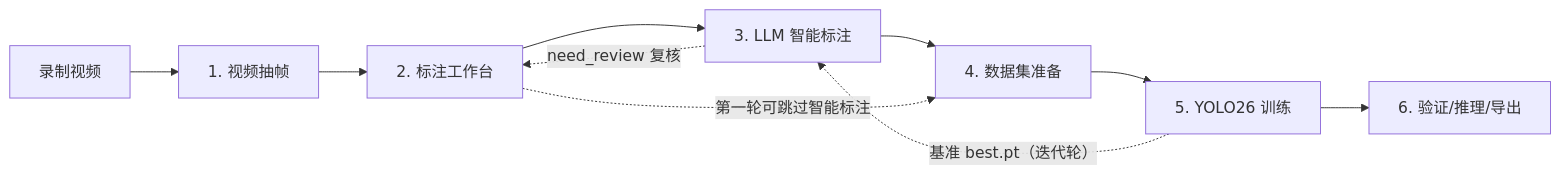
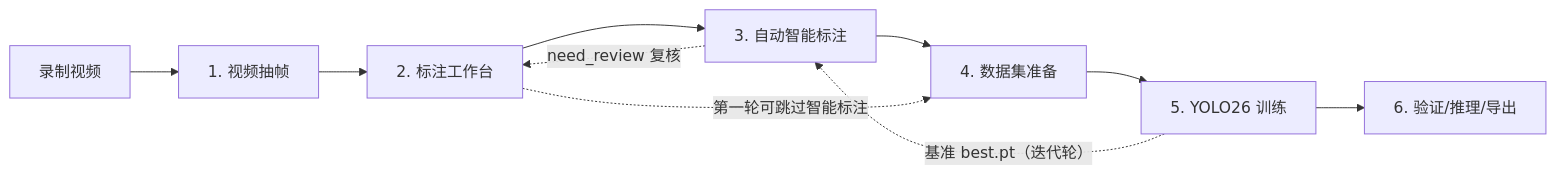
Before and after one commit to wonglyxng/YoloStudio: the diagram in docs/002_YOLO26训练使用说明.md, drawn with Mermaid. The commit also changed other lines of this file and 10 other files, not shown here.

````diff
--- a/docs/002_YOLO26训练使用说明.md
+++ b/docs/002_YOLO26训练使用说明.md
@@ -11,7 +11,7 @@
 ```mermaid
 flowchart LR
-    V["录制视频"] --> T1["1. 视频抽帧"] --> T2["2. 标注工作台"] --> T3["3. LLM 智能标注"] --> T4["4. 数据集准备"] --> T5["5. YOLO26 训练"] --> T6["6. 验证/推理/导出"]
+    V["录制视频"] --> T1["1. 视频抽帧"] --> T2["2. 标注工作台"] --> T3["3. 自动智能标注"] --> T4["4. 数据集准备"] --> T5["5. YOLO26 训练"] --> T6["6. 验证/推理/导出"]
     T2 -. "第一轮可跳过智能标注" .-> T4
     T5 -. "基准 best.pt（迭代轮）" .-> T3
     T3 -. "need_review 复核" .-> T2
 ```
````
